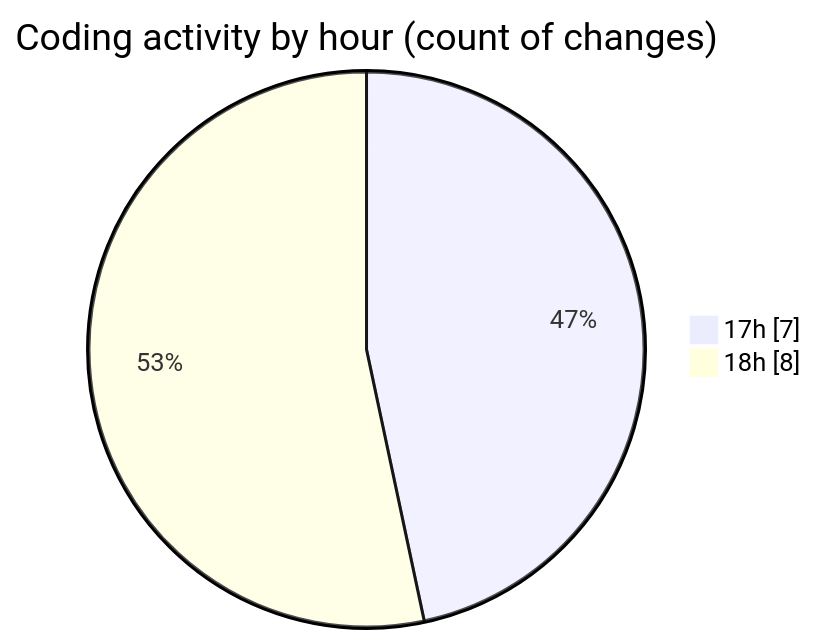
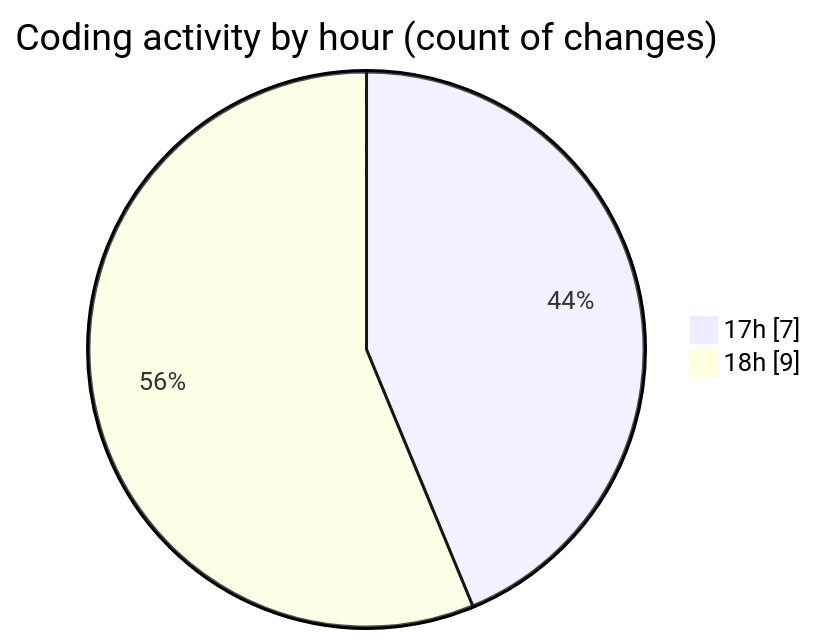
The second of 2 diagrams in 2025-05-22/expensetracker/README.md (Ritupan-Deka/code-tracking), drawn with Mermaid before and after one commit. The commit also changed other lines of this file and 1 other file, not shown here.

````diff
--- a/2025-05-22/expensetracker/README.md
+++ b/2025-05-22/expensetracker/README.md
@@ -34,6 +36,6 @@
 ```mermaid
 pie showData
 title Coding activity by hour (count of changes)
 "17h" : 7
-"18h" : 8
+"18h" : 9
 ```
````
